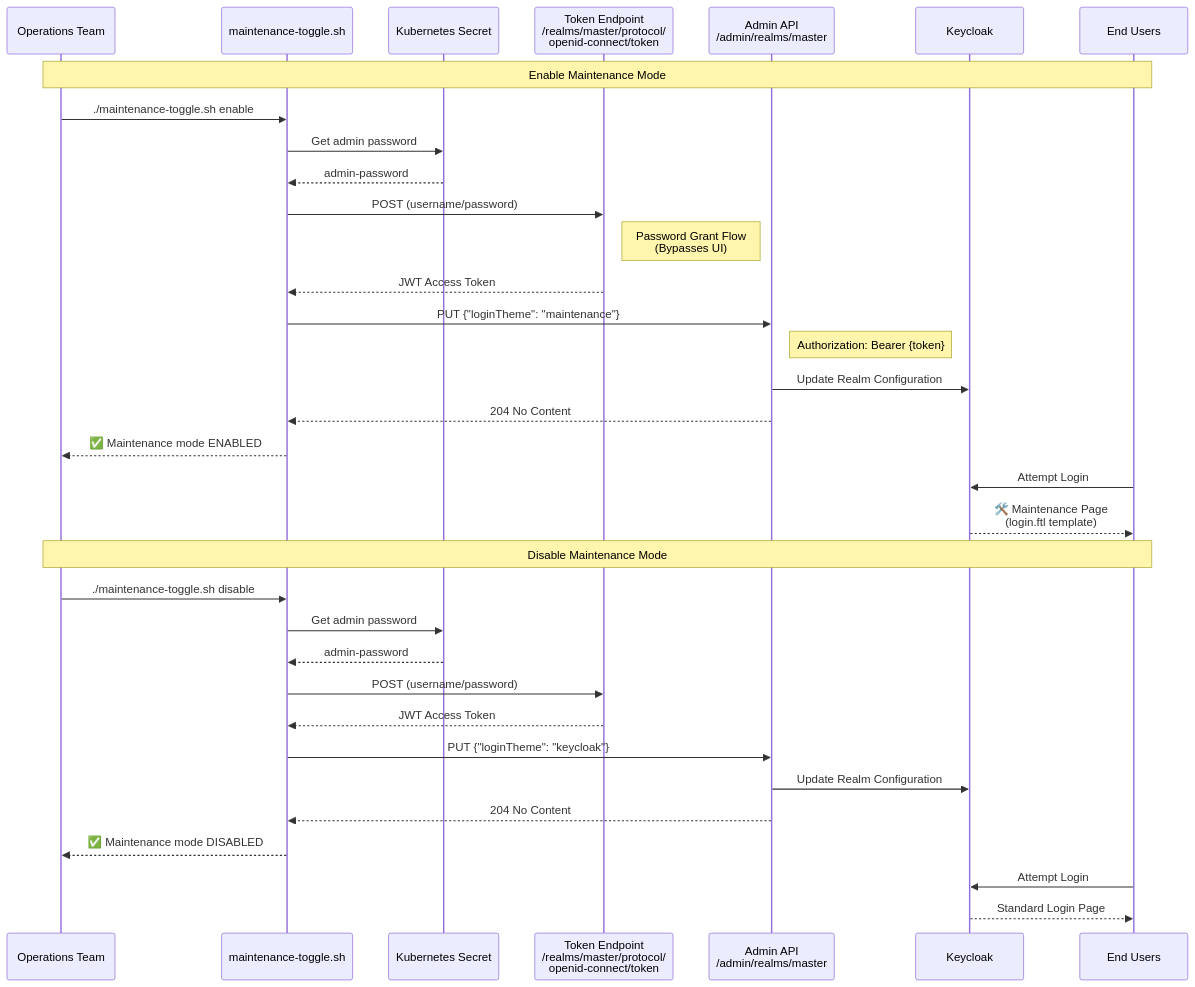
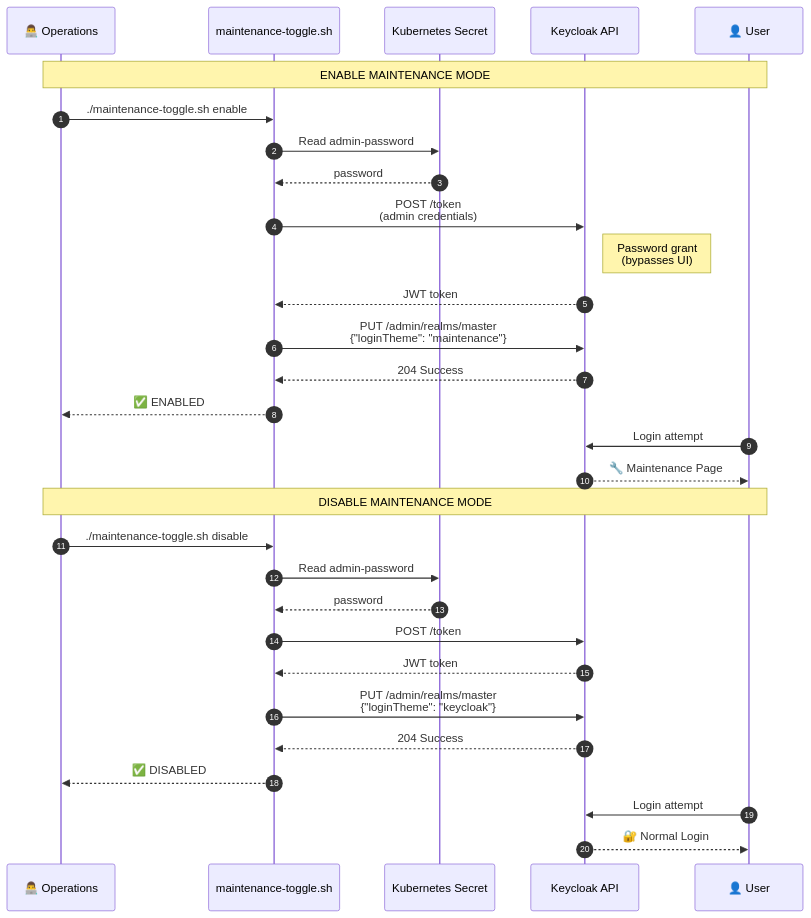
Before and after one commit to open-edge-platform/edge-manageability-framework: the second of 2 diagrams in design-proposals/keycloak-maintenance-theme.md, drawn with Mermaid. The commit also changed other lines of this file, not shown here.

Commit message:
Updated architectural diagram

````diff
--- a/design-proposals/keycloak-maintenance-theme.md
+++ b/design-proposals/keycloak-maintenance-theme.md
@@ -185,45 +209,41 @@
 ```mermaid
 sequenceDiagram
-    participant Ops as Operations Team
+    autonumber
+    participant Ops as 👨‍💻 Operations
     participant Script as maintenance-toggle.sh
     participant K8s as Kubernetes Secret
-    participant Token as Token Endpoint<br/>/realms/master/protocol/<br/>openid-connect/token
-    participant API as Admin API<br/>/admin/realms/master
-    participant KC as Keycloak
-    participant User as End Users
+    participant KC as Keycloak API
+    participant User as 👤 User
     
-    Note over Ops,User: Enable Maintenance Mode
+    Note over Ops,User: ENABLE MAINTENANCE MODE
     
     Ops->>Script: ./maintenance-toggle.sh enable
-    Script->>K8s: Get admin password
-    K8s-->>Script: admin-password
+    Script->>K8s: Read admin-password
+    K8s-->>Script: password
     
-    Script->>Token: POST (username/password)
-    Note right of Token: Password Grant Flow<br/>(Bypasses UI)
-    Token-->>Script: JWT Access Token
+    Script->>KC: POST /token<br/>(admin credentials)
+    Note right of KC: Password grant<br/>(bypasses UI)
+    KC-->>Script: JWT token
     
-    Script->>API: PUT {"loginTheme": "maintenance"}
-    Note right of API: Authorization: Bearer {token}
-    API->>KC: Update Realm Configuration
-    API-->>Script: 204 No Content
+    Script->>KC: PUT /admin/realms/master<br/>{"loginTheme": "maintenance"}
+    KC-->>Script: 204 Success
     
-    Script-->>Ops: ✅ Maintenance mode ENABLED
+    Script-->>Ops: ✅ ENABLED
     
-    User->>KC: Attempt Login
-    KC-->>User: 🛠️ Maintenance Page<br/>(login.ftl template)
+    User->>KC: Login attempt
+    KC-->>User: 🔧 Maintenance Page
     
-    Note over Ops,User: Disable Maintenance Mode
+    Note over Ops,User: DISABLE MAINTENANCE MODE
     
     Ops->>Script: ./maintenance-toggle.sh disable
-    Script->>K8s: Get admin password
-    K8s-->>Script: admin-password
-    Script->>Token: POST (username/password)
-    Token-->>Script: JWT Access Token
-    Script->>API: PUT {"loginTheme": "keycloak"}
-    API->>KC: Update Realm Configuration
-    API-->>Script: 204 No Content
-    Script-->>Ops: ✅ Maintenance mode DISABLED
+    Script->>K8s: Read admin-password
+    K8s-->>Script: password
+    Script->>KC: POST /token
+    KC-->>Script: JWT token
+    Script->>KC: PUT /admin/realms/master<br/>{"loginTheme": "keycloak"}
+    KC-->>Script: 204 Success
+    Script-->>Ops: ✅ DISABLED
     
-    User->>KC: Attempt Login
-    KC-->>User: Standard Login Page
+    User->>KC: Login attempt
+    KC-->>User: 🔐 Normal Login
 ```
````
